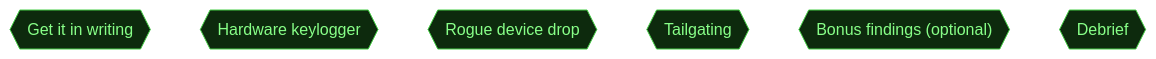
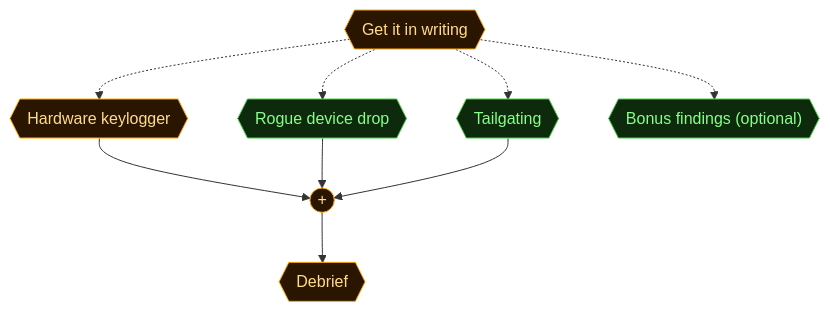
Before and after one commit to cliffe/BreakEscape: the second of 5 diagrams in scenarios/lab_physical_pentest/dungeon_graph.md, drawn with Mermaid. The commit also changed other lines of this file and 5 other files, not shown here.

````diff
--- a/scenarios/lab_physical_pentest/dungeon_graph.md
+++ b/scenarios/lab_physical_pentest/dungeon_graph.md
@@ -104,28 +104,38 @@
 ```mermaid
 flowchart TD
 
   classDef room      fill:#0f2d2d,stroke:#22ddcc,color:#a0ffee
   classDef lock      fill:#2d0f0f,stroke:#e66060,color:#ffa0a0
   classDef key       fill:#2d0812,stroke:#e66060,color:#ffa0a0
   classDef item      fill:#2d1200,stroke:#e89030,color:#ffcc80
   classDef gate      fill:#111,stroke:#666,color:#eee
   classDef vm        fill:#0c1f40,stroke:#4a90d9,color:#a0c8ff
   classDef flag      fill:#1a0c2d,stroke:#9060d0,color:#cc99ff
   classDef action    fill:#1a1200,stroke:#cc9922,color:#ffee88
   classDef aim       fill:#0d2a0d,stroke:#44cc44,color:#88ff88
   classDef aim_gate  fill:#111111,stroke:#44cc44,color:#44cc44
   classDef container fill:#1a2d1a,stroke:#60b060,color:#a0e0a0
   classDef npc       fill:#2d1f0d,stroke:#d0a050,color:#ffe0a0
   classDef critical  fill:#2a1500,stroke:#ffaa00,color:#ffdd88
   classDef start     fill:#003322,stroke:#00ffaa,color:#00ffaa
 
   aim_authorise{{"Get it in writing"}}
   aim_keylogger{{"Hardware keylogger"}}
   aim_usb{{"Rogue device drop"}}
   aim_tailgate{{"Tailgating"}}
   aim_bonus_beats{{"Bonus findings (optional)"}}
   aim_debrief{{"Debrief"}}
+  aim_andgate_debrief((" + "))
 
+  aim_authorise -.-> aim_keylogger
+  aim_authorise -.-> aim_usb
+  aim_authorise -.-> aim_tailgate
+  aim_authorise -.-> aim_bonus_beats
+  aim_keylogger --> aim_andgate_debrief
+  aim_usb --> aim_andgate_debrief
+  aim_tailgate --> aim_andgate_debrief
+  aim_andgate_debrief --> aim_debrief
 
-  class aim_authorise,aim_keylogger,aim_usb,aim_tailgate,aim_bonus_beats,aim_debrief aim
+  class aim_authorise,aim_keylogger,aim_debrief,aim_andgate_debrief critical
+  class aim_usb,aim_tailgate,aim_bonus_beats aim
 ```
````
